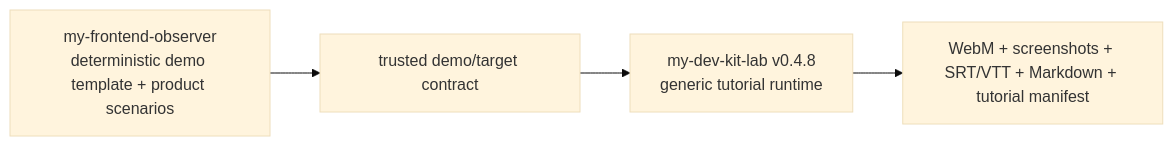
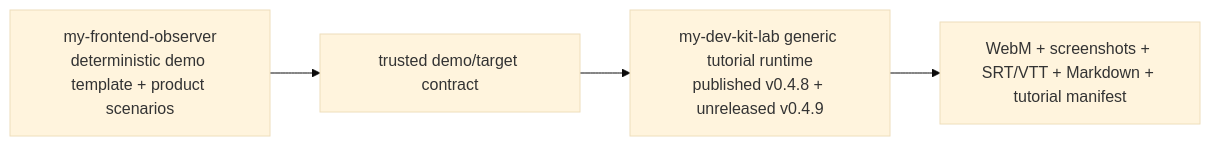
The seventh of 7 diagrams in docs/ARCHITECTURE.md (dailephd/my-dev-kit-lab), drawn with Mermaid (base theme) before and after one commit. The commit also changed other lines of this file and 10 other files, not shown here.

````diff
--- a/docs/ARCHITECTURE.md
+++ b/docs/ARCHITECTURE.md
@@ -393,6 +393,6 @@
 ```mermaid
 flowchart LR
   Observer[my-frontend-observer<br/>deterministic demo template + product scenarios] --> Contract[trusted demo/target contract]
-  Contract --> Lab[my-dev-kit-lab v0.4.8<br/>generic tutorial runtime]
+  Contract --> Lab[my-dev-kit-lab generic tutorial runtime<br/>published v0.4.8 + unreleased v0.4.9]
   Lab --> Evidence[WebM + screenshots + SRT/VTT + Markdown + tutorial manifest]
 ```
````
